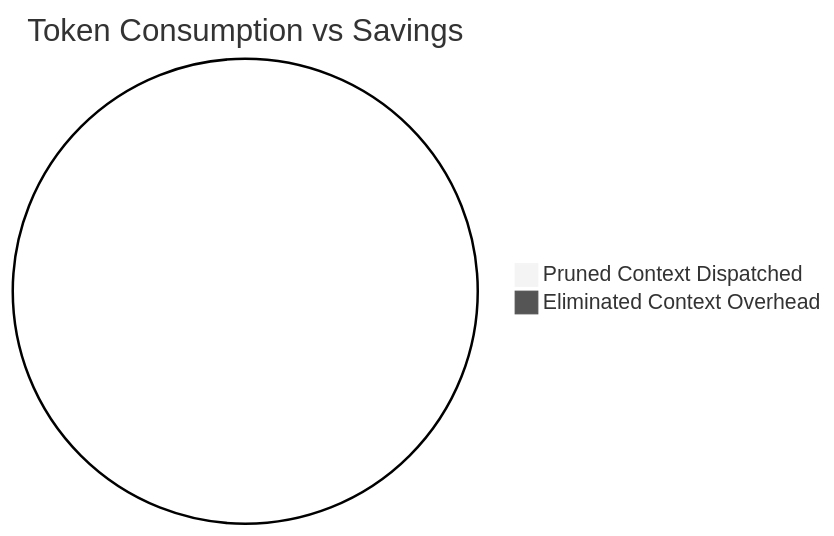
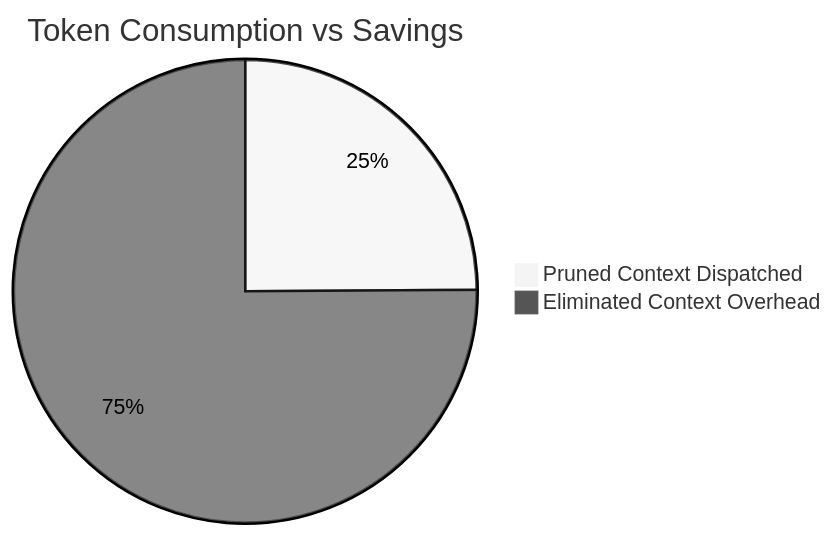
Before and after one commit to lakhwindersingh/nb_antwalk: the diagram in workplace/docs/reports/token_savings_report.md, drawn with Mermaid (neutral theme). The commit also changed other lines of this file and 4 other files, not shown here.

````diff
--- a/workplace/docs/reports/token_savings_report.md
+++ b/workplace/docs/reports/token_savings_report.md
@@ -26,5 +26,5 @@
 ```mermaid
 pie title Token Consumption vs Savings
-    "Pruned Context Dispatched" : 0
-    "Eliminated Context Overhead" : 0
+    "Pruned Context Dispatched" : 123
+    "Eliminated Context Overhead" : 371
 ```
````
